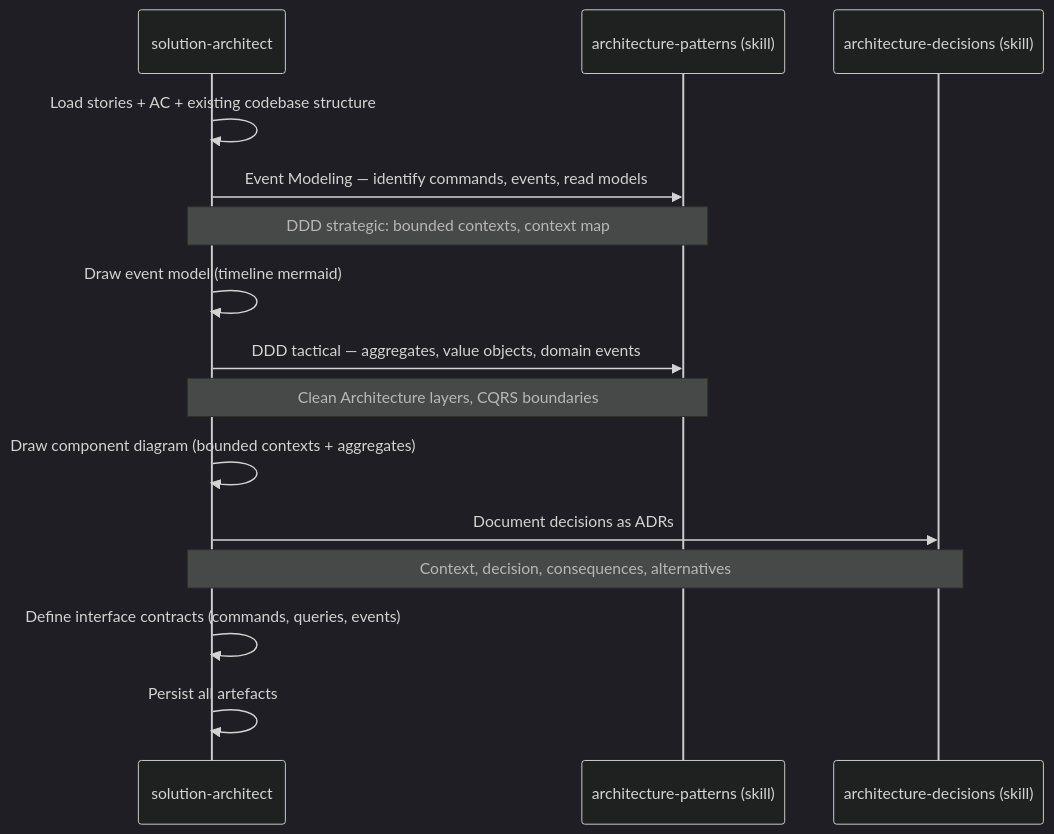
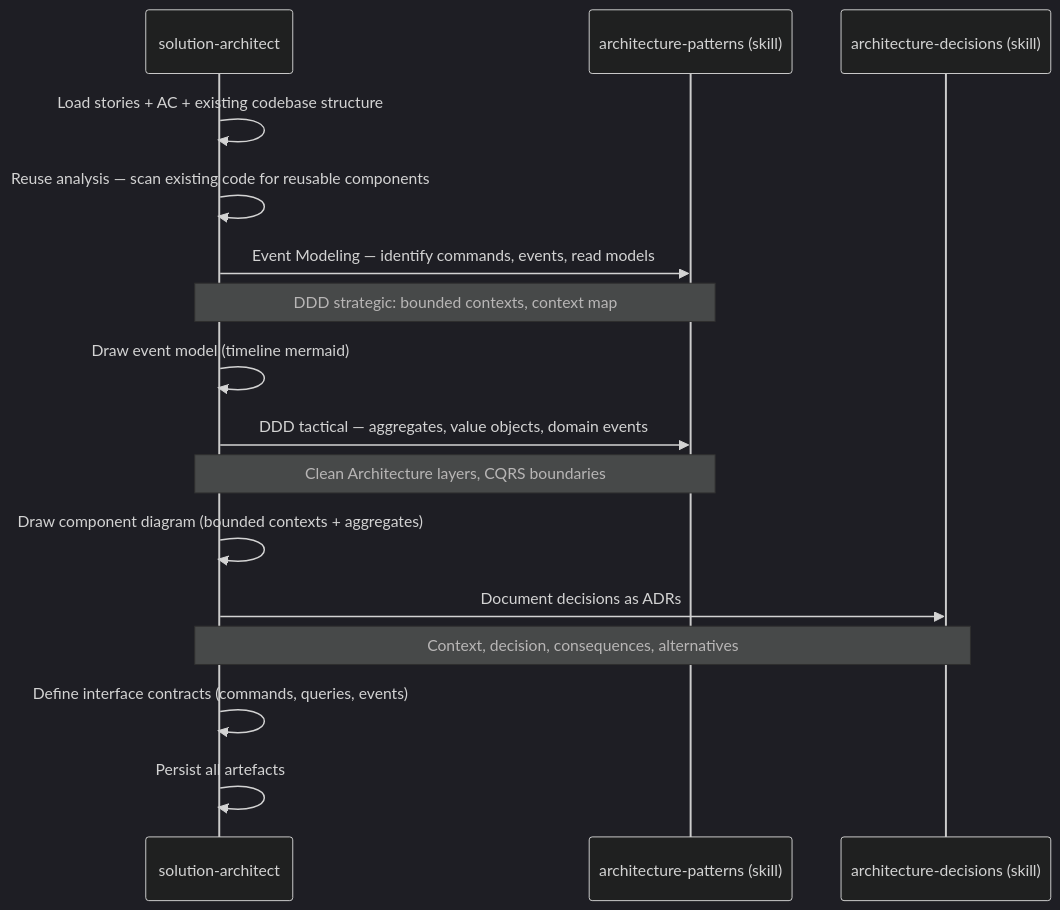
One commit to SebastienDegodez/skraft-plugin changed the diagram in docs/superpowers/specs/2026-05-12-phase-design.md. Above: the diagram before and after it, drawn with Mermaid (dark theme). The commit also changed other lines of this file and 2 other files, not shown here.

````diff
--- a/docs/superpowers/specs/2026-05-12-phase-design.md
+++ b/docs/superpowers/specs/2026-05-12-phase-design.md
@@ -72,18 +72,19 @@
 ```mermaid
 sequenceDiagram
     participant SA as solution-architect
     participant AP as architecture-patterns (skill)
     participant AD as architecture-decisions (skill)
 
     SA->>SA: Load stories + AC + existing codebase structure
+    SA->>SA: Reuse analysis — scan existing code for reusable components
     SA->>AP: Event Modeling — identify commands, events, read models
     Note over SA,AP: DDD strategic: bounded contexts, context map
     SA->>SA: Draw event model (timeline mermaid)
     SA->>AP: DDD tactical — aggregates, value objects, domain events
     Note over SA,AP: Clean Architecture layers, CQRS boundaries
     SA->>SA: Draw component diagram (bounded contexts + aggregates)
     SA->>AD: Document decisions as ADRs
     Note over SA,AD: Context, decision, consequences, alternatives
     SA->>SA: Define interface contracts (commands, queries, events)
     SA->>SA: Persist all artefacts
 ```
````
